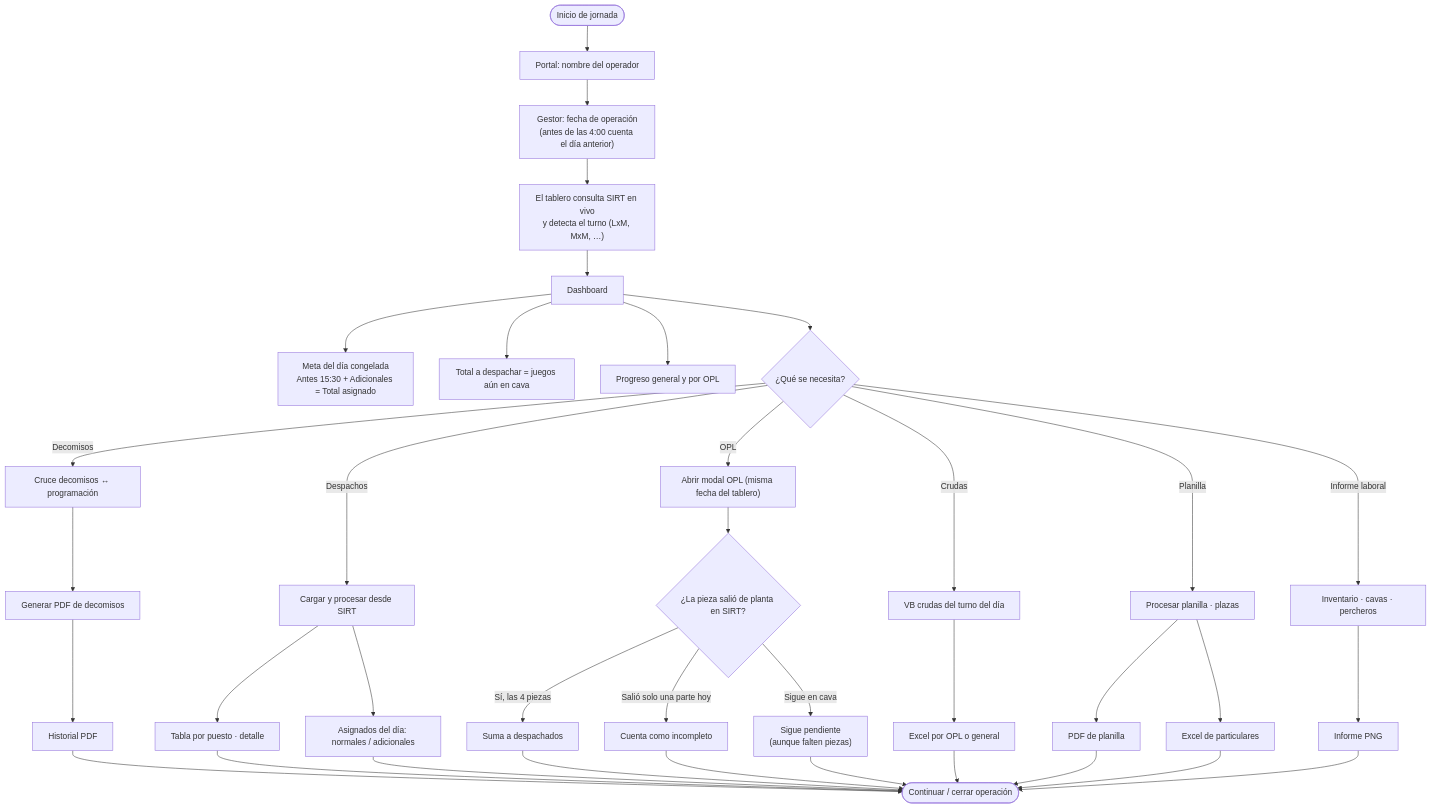
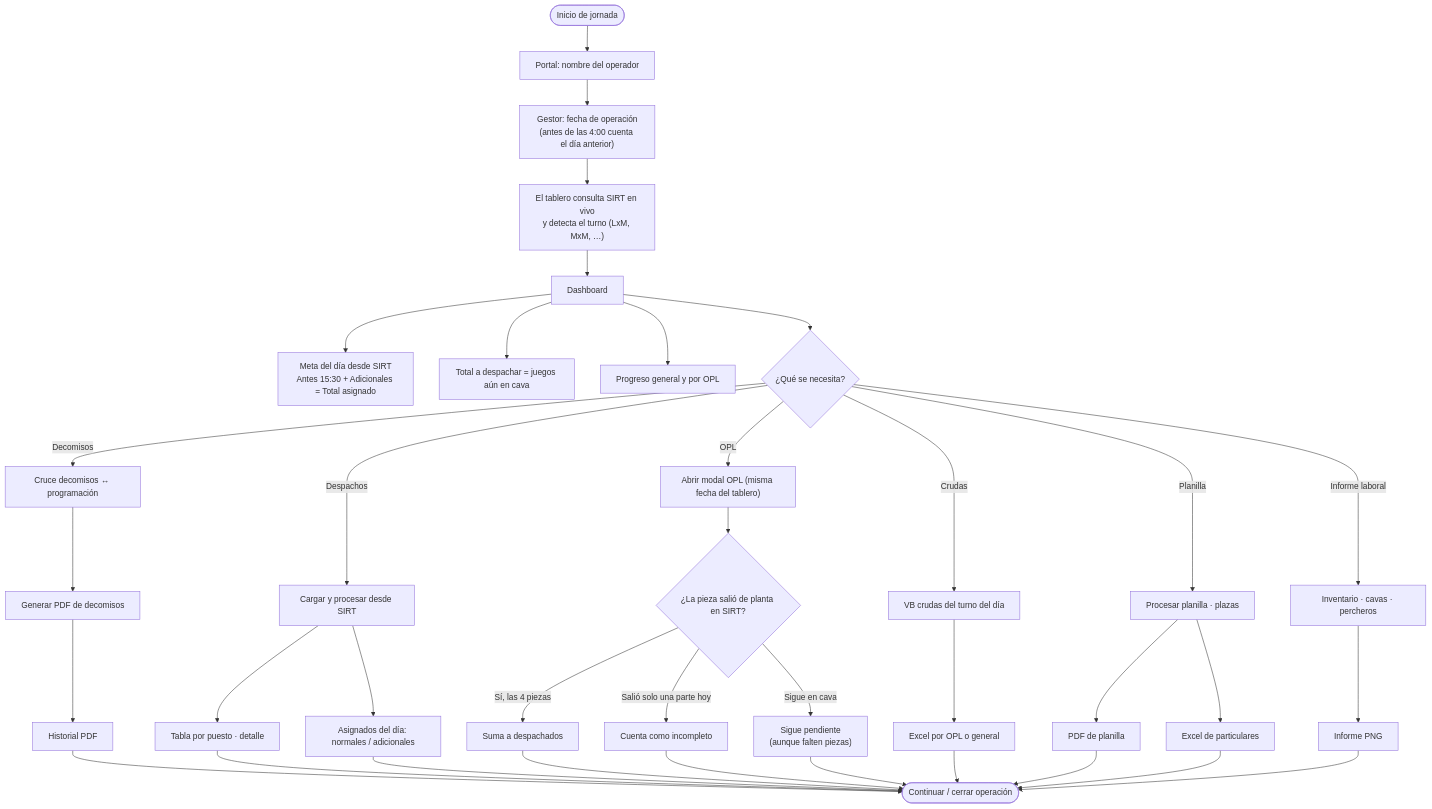
The diagram in docs/diagrams/04-flujo-operativo.mmd (desarrollotecnologia/Colbeef-_Gestor-de-V-sceras), drawn with Mermaid before and after one commit. The commit also changed 7 other files, not shown here.

First line of the commit message:
Meta del dia = Antes + Adicionales calculada desde SIRT

```diff
--- a/docs/diagrams/04-flujo-operativo.mmd
+++ b/docs/diagrams/04-flujo-operativo.mmd
@@ -1,46 +1,46 @@
 flowchart TD
   A([Inicio de jornada]) --> B["Portal: nombre del operador"]
   B --> C["Gestor: fecha de operación<br/>(antes de las 4:00 cuenta el día anterior)"]
   C --> D["El tablero consulta SIRT en vivo<br/>y detecta el turno (LxM, MxM, …)"]
 
   D --> E["Dashboard"]
-  E --> E1["Meta del día congelada<br/>Antes 15:30 + Adicionales = Total asignado"]
+  E --> E1["Meta del día desde SIRT<br/>Antes 15:30 + Adicionales = Total asignado"]
   E --> E2["Total a despachar = juegos aún en cava"]
   E --> E3["Progreso general y por OPL"]
 
   E --> F{"¿Qué se necesita?"}
 
   F -->|Decomisos| G["Cruce decomisos ↔ programación"]
   G --> G1["Generar PDF de decomisos"]
   G1 --> N["Historial PDF"]
 
   F -->|Despachos| H["Cargar y procesar desde SIRT"]
   H --> H1["Tabla por puesto · detalle"]
   H --> H2["Asignados del día: normales / adicionales"]
 
   F -->|OPL| I["Abrir modal OPL (misma fecha del tablero)"]
   I --> I1{"¿La pieza salió de planta en SIRT?"}
   I1 -->|"Sí, las 4 piezas"| I2["Suma a despachados"]
   I1 -->|"Salió solo una parte hoy"| I3["Cuenta como incompleto"]
   I1 -->|"Sigue en cava"| I4["Sigue pendiente<br/>(aunque falten piezas)"]
 
   F -->|Crudas| J["VB crudas del turno del día"]
   J --> J1["Excel por OPL o general"]
 
   F -->|Planilla| K["Procesar planilla · plazas"]
   K --> K1["PDF de planilla"]
   K --> K2["Excel de particulares"]
 
   F -->|"Informe laboral"| L["Inventario · cavas · percheros"]
   L --> L1["Informe PNG"]
 
   N --> O([Continuar / cerrar operación])
   H1 --> O
   H2 --> O
   I2 --> O
   I3 --> O
   I4 --> O
   J1 --> O
   K1 --> O
   K2 --> O
   L1 --> O
```
